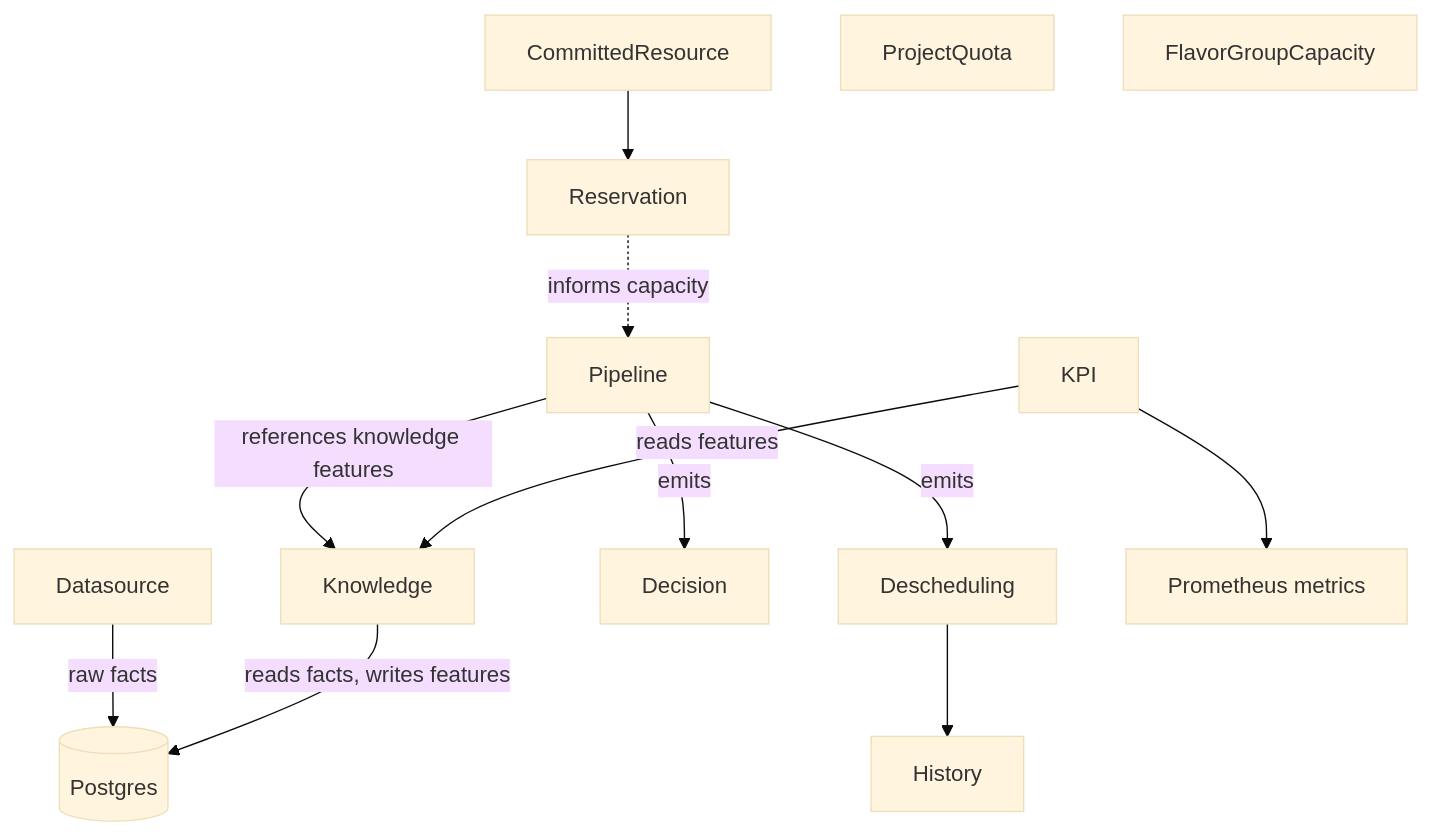
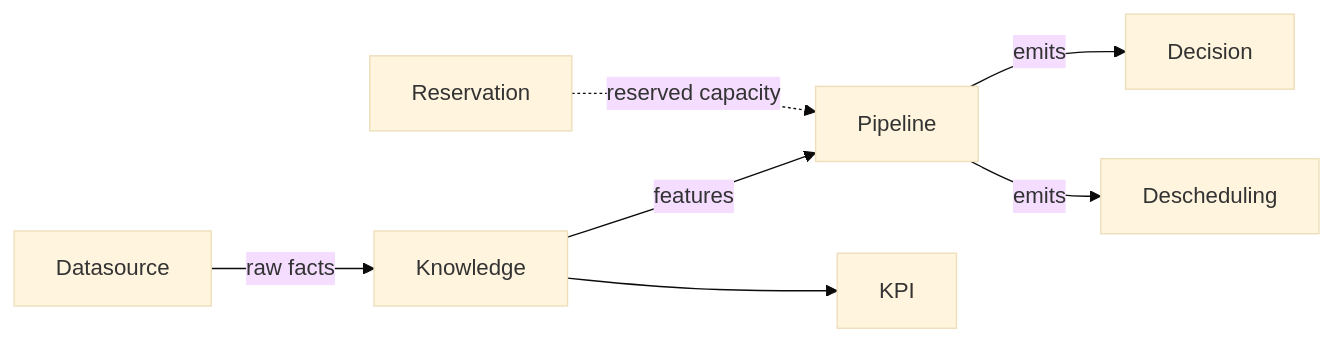
One commit to cobaltcore-dev/cortex changed the second of 2 diagrams in docs/01-getting-started/02-architecture-at-a-glance.md. Above: the diagram before and after it, drawn with Mermaid (base theme). The commit also changed other lines of this file and 37 other files, not shown here.

````diff
--- a/docs/01-getting-started/02-architecture-at-a-glance.md
+++ b/docs/01-getting-started/02-architecture-at-a-glance.md
@@ -93,15 +90,9 @@
 ```mermaid
-flowchart TB
-    DS[Datasource] -->|raw facts| PG[(Postgres)]
-    K[Knowledge] -->|reads facts, writes features| PG
-    P[Pipeline] -->|references knowledge features| K
+flowchart LR
+    DS[Datasource] -->|raw facts| K[Knowledge]
+    K -->|features| P[Pipeline]
     P -->|emits| DEC[Decision]
     P -->|emits| DSC[Descheduling]
-    DSC --> H[History]
-    KPI[KPI] -->|reads features| K
-    KPI --> M[Prometheus metrics]
-    R[Reservation] -.->|informs capacity| P
-    CR[CommittedResource] --> R
-    PQ[ProjectQuota]
-    FGC[FlavorGroupCapacity]
+    K --> KPI[KPI]
+    R[Reservation] -.->|reserved capacity| P
 ```
````
